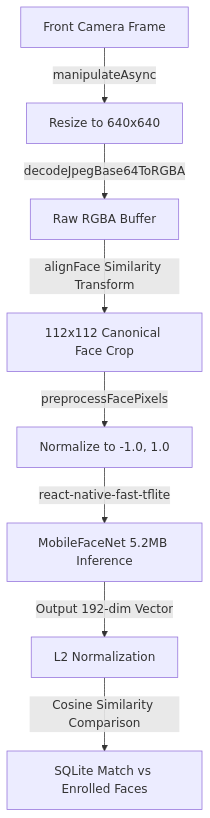
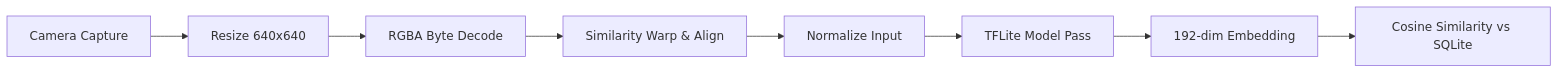
Before and after one commit to aishide/Pehechaan-NHAI: the diagram in README.md, drawn with Mermaid. The commit also changed other lines of this file, not shown here.

````diff
--- a/README.md
+++ b/README.md
@@ -105,10 +119,10 @@
 ```mermaid
-graph TD
-    A[Front Camera Frame] -->|manipulateAsync| B[Resize to 640x640]
-    B -->|decodeJpegBase64ToRGBA| C[Raw RGBA Buffer]
-    C -->|alignFace Similarity Transform| D[112x112 Canonical Face Crop]
-    D -->|preprocessFacePixels| E[Normalize to -1.0, 1.0]
-    E -->|react-native-fast-tflite| F[MobileFaceNet 5.2MB Inference]
-    F -->|Output 192-dim Vector| G[L2 Normalization]
-    G -->|Cosine Similarity Comparison| H[SQLite Match vs Enrolled Faces]
+flowchart LR
+    A[Camera Capture] --> B[Resize 640x640]
+    B --> C[RGBA Byte Decode]
+    C --> D[Similarity Warp & Align]
+    D --> E[Normalize Input]
+    E --> F[TFLite Model Pass]
+    F --> G[192-dim Embedding]
+    G --> H[Cosine Similarity vs SQLite]
 ```
````
